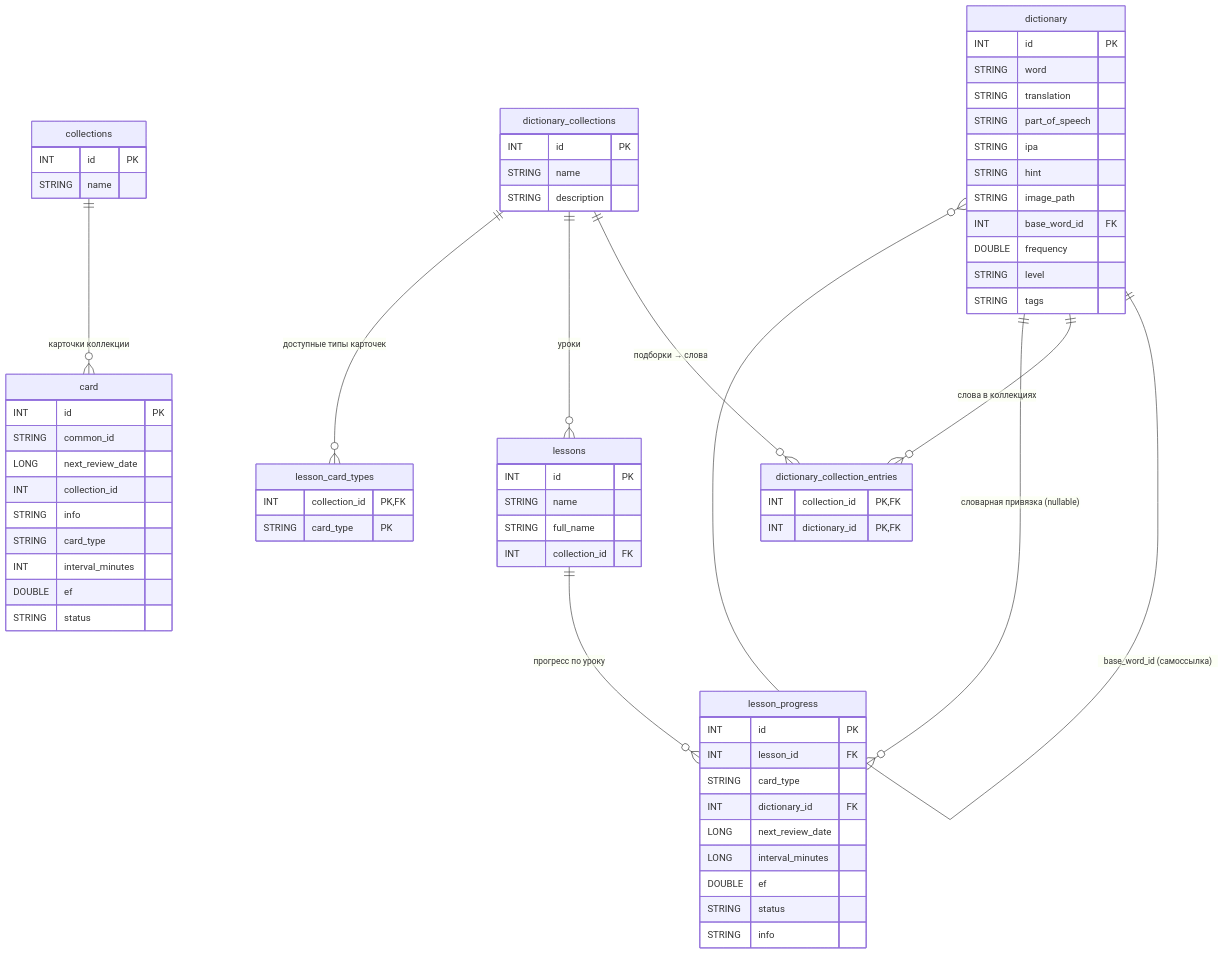
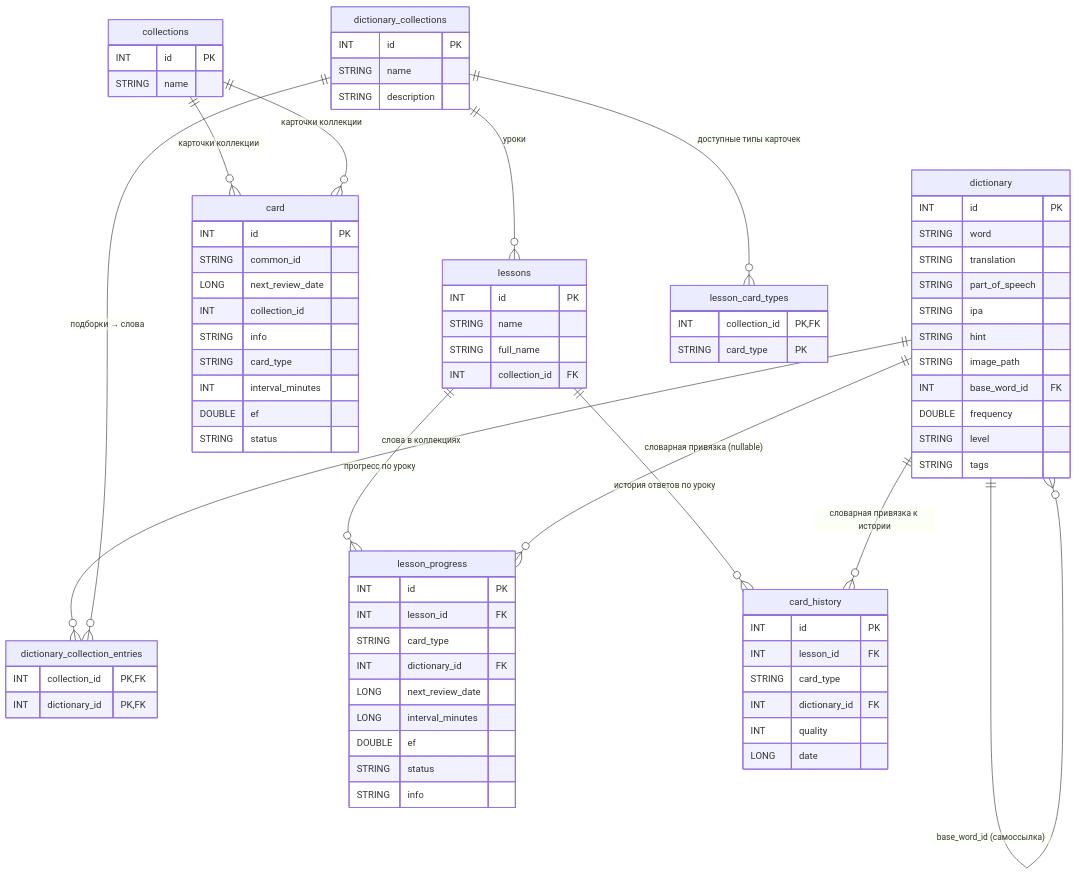
Before and after one commit to mrSaydron/Tala: the diagram in documentation/data/er_diagram.mermaid, drawn with Mermaid. The commit also changed 11 other files, not shown here.

Commit message:
Хранение истории ответов

```diff
--- a/documentation/data/er_diagram.mermaid
+++ b/documentation/data/er_diagram.mermaid
@@ -1,68 +1,79 @@
 erDiagram
     dictionary {
         INT id PK
         STRING word
         STRING translation
         STRING part_of_speech
         STRING ipa
         STRING hint
         STRING image_path
         INT base_word_id FK
         DOUBLE frequency
         STRING level
         STRING tags
     }
     dictionary_collections {
         INT id PK
         STRING name
         STRING description
     }
     dictionary_collection_entries {
         INT collection_id PK, FK
         INT dictionary_id PK, FK
     }
     card {
         INT id PK
         STRING common_id
         LONG next_review_date
         INT collection_id
         STRING info
         STRING card_type
         INT interval_minutes
         DOUBLE ef
         STRING status
     }
     collections {
         INT id PK
         STRING name
     }
     lessons {
         INT id PK
         STRING name
         STRING full_name
         INT collection_id FK
     }
     lesson_card_types {
         INT collection_id PK, FK
         STRING card_type PK
     }
     lesson_progress {
         INT id PK
         INT lesson_id FK
         STRING card_type
         INT dictionary_id FK
         LONG next_review_date
         LONG interval_minutes
         DOUBLE ef
         STRING status
         STRING info
     }
+    card_history {
+        INT id PK
+        INT lesson_id FK
+        STRING card_type
+        INT dictionary_id FK
+        INT quality
+        LONG date
+    }
 
     dictionary ||--o{ dictionary : "base_word_id (самоссылка)"
     dictionary ||--o{ dictionary_collection_entries : "слова в коллекциях"
     dictionary_collections ||--o{ dictionary_collection_entries : "подборки → слова"
     dictionary_collections ||--o{ lessons : "уроки"
     dictionary_collections ||--o{ lesson_card_types : "доступные типы карточек"
     lessons ||--o{ lesson_progress : "прогресс по уроку"
     dictionary ||--o{ lesson_progress : "словарная привязка (nullable)"
     collections ||--o{ card : "карточки коллекции"
+    collections ||--o{ card : "карточки коллекции"
+    lessons ||--o{ card_history : "история ответов по уроку"
+    dictionary ||--o{ card_history : "словарная привязка к истории"
```
